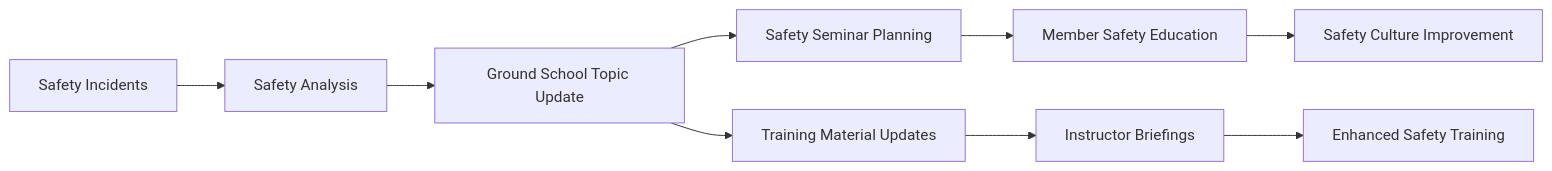
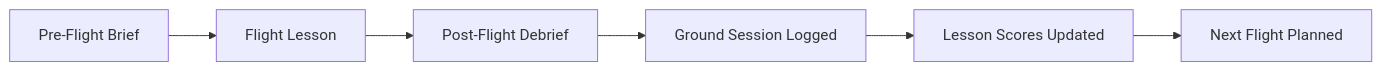
The eighth of 11 diagrams in docs/workflows/08-ground-instruction.md (pietbarber/Manage2Soar), drawn with Mermaid before and after one commit. The commit also changed other lines of this file and 2 other files, not shown here.

Commit message:
removed fibs about charging for instructon (ground and flight). Removed one ERD entry.

````diff
--- a/docs/workflows/08-ground-instruction.md
+++ b/docs/workflows/08-ground-instruction.md
@@ -293,12 +231,8 @@
 ```mermaid
 flowchart LR
-    A[Safety Incidents] --> B[Safety Analysis]
-    B --> C[Ground School Topic Update]
-    C --> D[Safety Seminar Planning]
-    D --> E[Member Safety Education]
-    E --> F[Safety Culture Improvement]
-    
-    C --> G[Training Material Updates]
-    G --> H[Instructor Briefings]
-    H --> I[Enhanced Safety Training]
+    A[Pre-Flight Brief] --> B[Flight Lesson]
+    B --> C[Post-Flight Debrief]
+    C --> D[Ground Session Logged]
+    D --> E[Lesson Scores Updated]
+    E --> F[Next Flight Planned]
 ```
````
